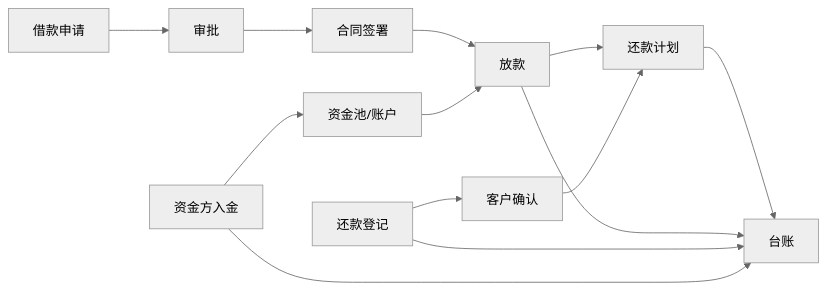
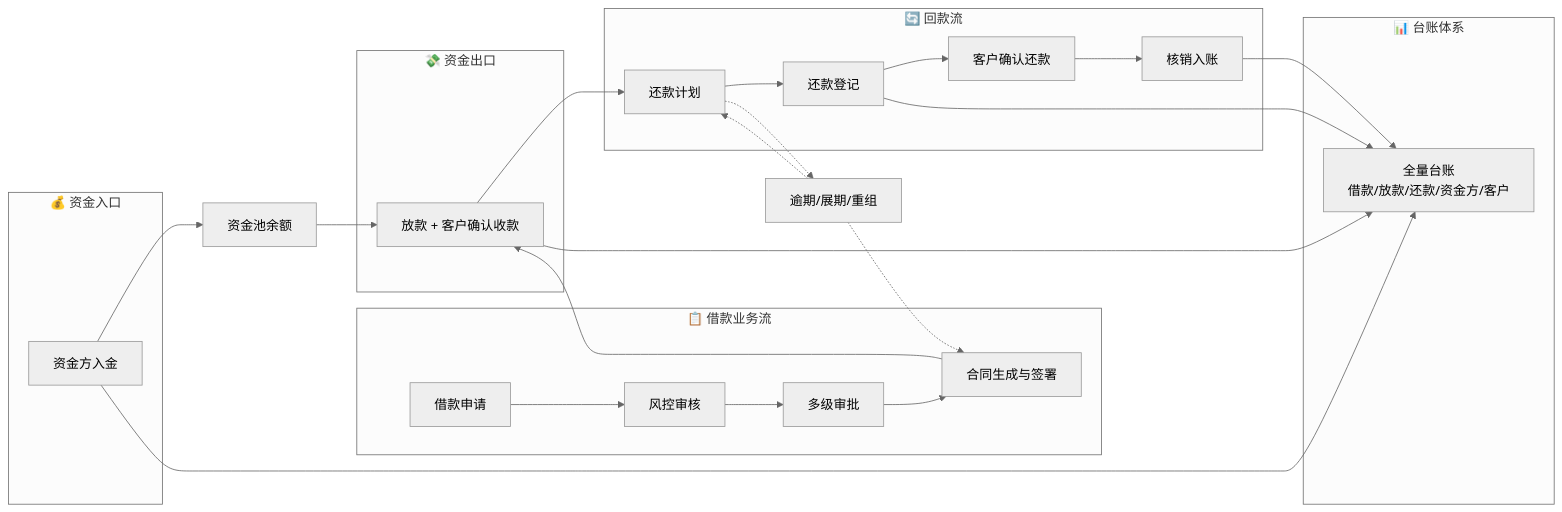
The third of 3 diagrams in docs/01-system-module-diagram.md (johngreece/JIEDAI), drawn with Mermaid (neutral theme) before and after one commit. The commit also changed other lines of this file and 4 other files, not shown here.

Commit message:
docs: v2.0 rewrite - system modules, ER design (32 tables), flow diagrams, menu structure; prisma schema enhanced with new models and fields

````diff
--- a/docs/01-system-module-diagram.md
+++ b/docs/01-system-module-diagram.md
@@ -125,15 +356,33 @@
 ```mermaid
 flowchart LR
-    IN[资金方入金] --> POOL[资金池/账户]
-    APP[借款申请] --> APPROVE[审批]
-    APPROVE --> CONT[合同签署]
-    CONT --> DISB[放款]
+    subgraph 资金入["💰 资金入口"]
+        IN["资金方入金"]
+    end
+    subgraph 业务流["📋 借款业务流"]
+        APP["借款申请"] --> RISK["风控审核"]
+        RISK --> APPROVE["多级审批"]
+        APPROVE --> CONT["合同生成与签署"]
+    end
+    subgraph 资金出["💸 资金出口"]
+        CONT --> DISB["放款 + 客户确认收款"]
+    end
+    subgraph 回款流["🔄 回款流"]
+        DISB --> PLAN["还款计划"]
+        PLAN --> PAY["还款登记"]
+        PAY --> CONFIRM["客户确认还款"]
+        CONFIRM --> WRITEOFF["核销入账"]
+    end
+    subgraph 台账["📊 台账体系"]
+        LEDGER["全量台账<br/>借款/放款/还款/资金方/客户"]
+    end
+
+    IN --> POOL["资金池余额"]
     POOL --> DISB
-    DISB --> PLAN[还款计划]
-    PAY[还款登记] --> CONFIRM[客户确认]
-    CONFIRM --> PLAN
-    PLAN --> LEDGER[台账]
     DISB --> LEDGER
     PAY --> LEDGER
     IN --> LEDGER
+    WRITEOFF --> LEDGER
+    PLAN -.-> OVERDUE["逾期/展期/重组"]
+    OVERDUE -.-> CONT
+    OVERDUE -.-> PLAN
 ```
````
